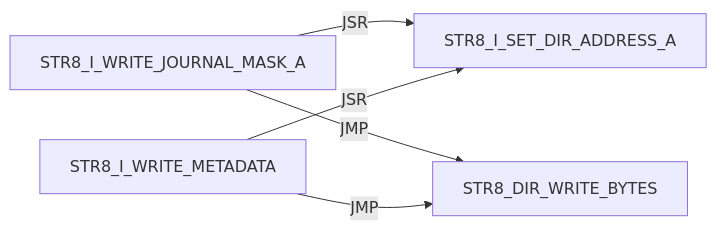
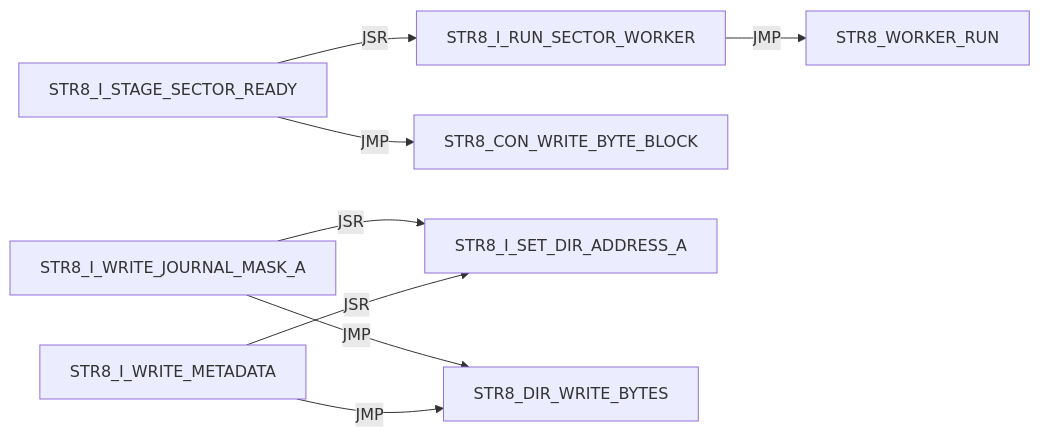
One commit to 95westus/R-YORS changed diagram 19 of 43 in DOC/GUIDES/STR8/STR8_EDGE_DUMP.md. Above: the diagram before and after it, drawn with Mermaid. The commit also changed other lines of this file and 24 other files, not shown here.

````diff
--- a/DOC/GUIDES/STR8/STR8_EDGE_DUMP.md
+++ b/DOC/GUIDES/STR8/STR8_EDGE_DUMP.md
@@ -281,7 +281,10 @@
 ```mermaid
 flowchart LR
-    N0["STR8_I_WRITE_JOURNAL_MASK_A"] -->|JSR| N1["STR8_I_SET_DIR_ADDRESS_A"]
-    N0["STR8_I_WRITE_JOURNAL_MASK_A"] -->|JMP| N2["STR8_DIR_WRITE_BYTES"]
-    N3["STR8_I_WRITE_METADATA"] -->|JSR| N1["STR8_I_SET_DIR_ADDRESS_A"]
-    N3["STR8_I_WRITE_METADATA"] -->|JMP| N2["STR8_DIR_WRITE_BYTES"]
+    N0["STR8_I_RUN_SECTOR_WORKER"] -->|JMP| N1["STR8_WORKER_RUN"]
+    N2["STR8_I_STAGE_SECTOR_READY"] -->|JSR| N0["STR8_I_RUN_SECTOR_WORKER"]
+    N2["STR8_I_STAGE_SECTOR_READY"] -->|JMP| N3["STR8_CON_WRITE_BYTE_BLOCK"]
+    N4["STR8_I_WRITE_JOURNAL_MASK_A"] -->|JSR| N5["STR8_I_SET_DIR_ADDRESS_A"]
+    N4["STR8_I_WRITE_JOURNAL_MASK_A"] -->|JMP| N6["STR8_DIR_WRITE_BYTES"]
+    N7["STR8_I_WRITE_METADATA"] -->|JSR| N5["STR8_I_SET_DIR_ADDRESS_A"]
+    N7["STR8_I_WRITE_METADATA"] -->|JMP| N6["STR8_DIR_WRITE_BYTES"]
 ```
````
